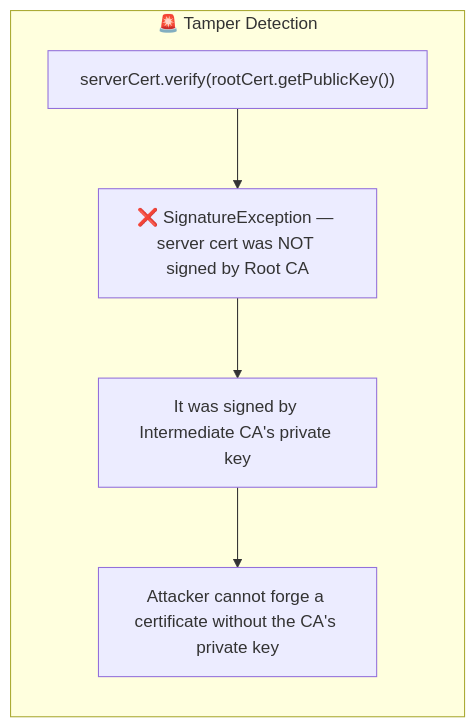
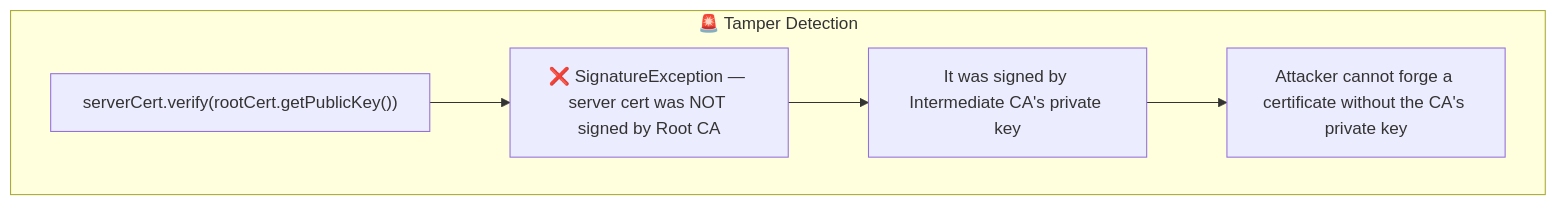
Before and after one commit to csoares/SecurityJava: the fourth of 6 diagrams in src/main/java/security/pki/README.md, drawn with Mermaid. The commit also changed 8 other files, not shown here.

Commit message:
Update flowchart direction in README for consistency and clarity

````diff
--- a/src/main/java/security/pki/README.md
+++ b/src/main/java/security/pki/README.md
@@ -55,10 +55,10 @@
 ```mermaid
-flowchart LR
+flowchart TD
     subgraph TamperDemo ["🚨 Tamper Detection"]
         TC1["serverCert.verify(rootCert.getPublicKey())"]
         TC2["❌ SignatureException — server cert was NOT signed by Root CA"]
         TC3["It was signed by Intermediate CA's private key"]
         TC4["Attacker cannot forge a certificate without the CA's private key"]
         TC1 --> TC2 --> TC3 --> TC4
     end
 ```
````
